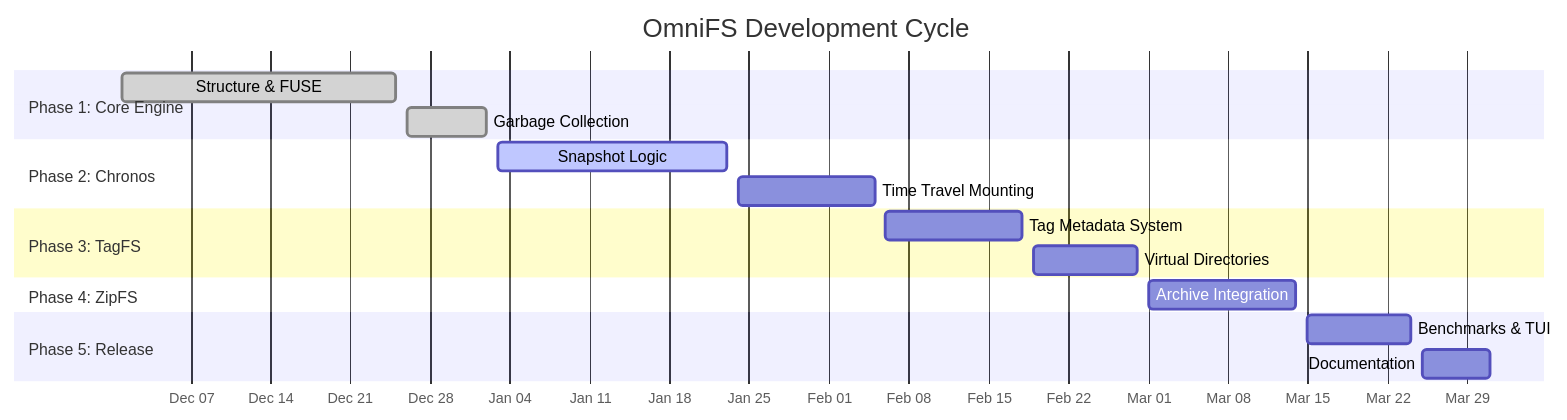
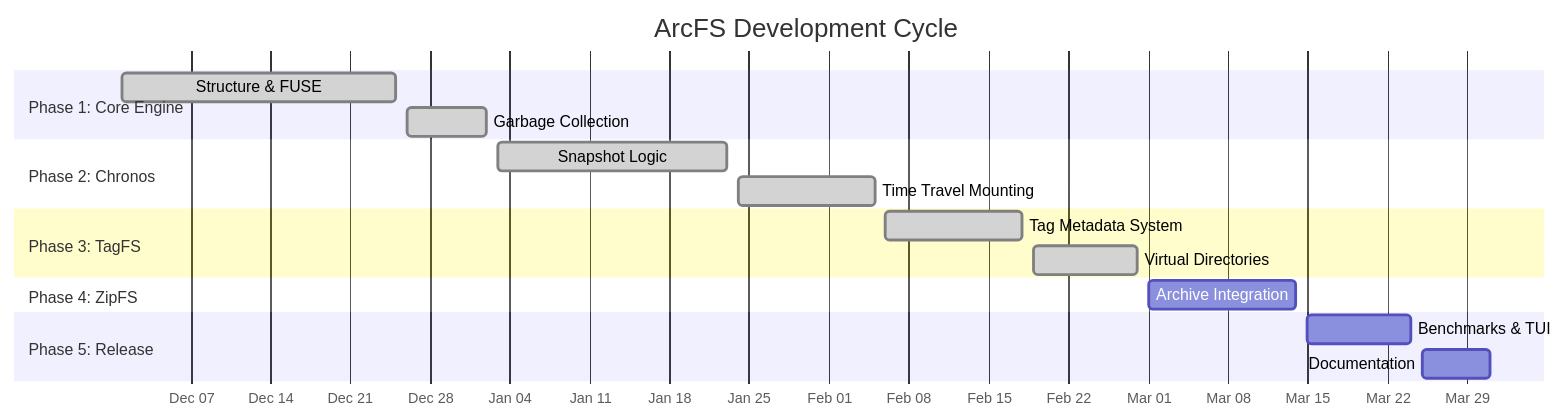
The diagram in README.md (kishoreadhith-v/arcfs), drawn with Mermaid before and after one commit. The commit also changed other lines of this file and 4 other files, not shown here.

````diff
--- a/README.md
+++ b/README.md
@@ -7,25 +9,25 @@
 ```mermaid
 gantt
-    title OmniFS Development Cycle
+    title ArcFS Development Cycle
     dateFormat  YYYY-MM-DD
     axisFormat  %b %d
 
     section Phase 1: Core Engine
     Structure & FUSE       :done,    p1, 2025-12-01, 2025-12-25
     Garbage Collection     :done,    p2, 2025-12-26, 2026-01-02
 
     section Phase 2: Chronos
-    Snapshot Logic         :active,  p3, 2026-01-03, 2026-01-23
-    Time Travel Mounting   :         p4, 2026-01-24, 2026-02-05
+    Snapshot Logic         :done,    p3, 2026-01-03, 2026-01-23
+    Time Travel Mounting   :done,    p4, 2026-01-24, 2026-02-05
 
     section Phase 3: TagFS
-    Tag Metadata System    :         p5, 2026-02-06, 2026-02-18
-    Virtual Directories    :         p6, 2026-02-19, 2026-02-28
+    Tag Metadata System    :done,    p5, 2026-02-06, 2026-02-18
+    Virtual Directories   :done,    p6, 2026-02-19, 2026-02-28
 
     section Phase 4: ZipFS
     Archive Integration    :         p7, 2026-03-01, 2026-03-14
 
     section Phase 5: Release
     Benchmarks & TUI       :         p8, 2026-03-15, 2026-03-24
     Documentation          :         p9, 2026-03-25, 2026-03-31
 ```
````
